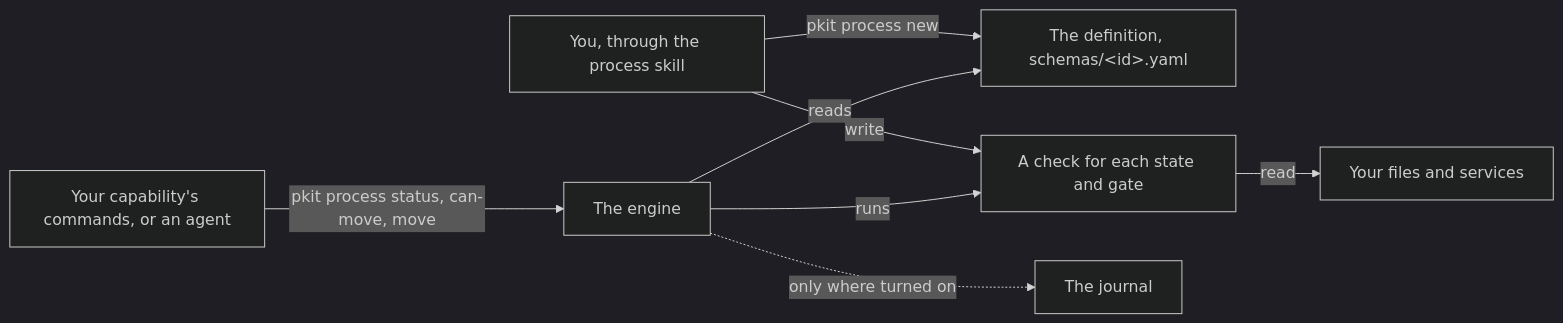
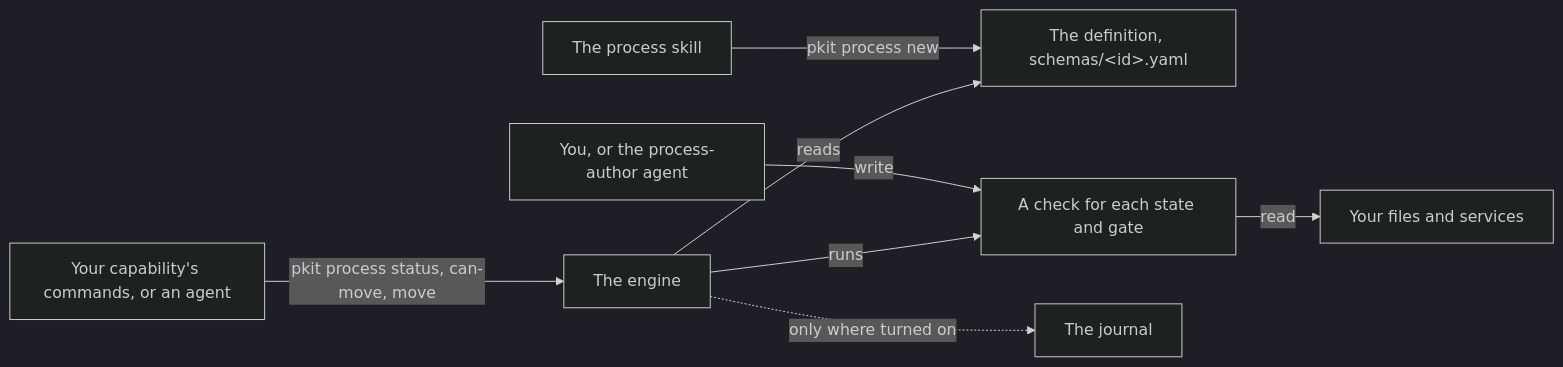
The diagram in docs/process/README.md (aleskalfas/project-kit), drawn with Mermaid (dark theme) before and after one commit. The commit also changed other lines of this file and 4 other files, not shown here.

````diff
--- a/docs/process/README.md
+++ b/docs/process/README.md
@@ -146,12 +158,12 @@
 ```mermaid
 flowchart LR
   accTitle: How a process runs
-  accDescr: You, through the process skill, stamp the definition into your capability and write a check script for each state and gate. Your capability's commands, or an agent, ask the engine about a subject with pkit process status, can-move or move. The engine reads the definition and runs the checks, which read your files and services. It writes a journal only where your project turns one on.
-  you["You, through the process skill"] -->|pkit process new| definition["The definition, schemas/&lt;id&gt;.yaml"]
-  you -->|write| checks["A check for each state and gate"]
+  accDescr: You stamp the definition into your capability through the process skill. You, or the process-author agent, write a check script for each state and gate. Your capability's commands, or an agent, ask the engine about a subject with pkit process status, can-move or move. The engine reads the definition and runs the checks, which read your files and services. It writes a journal only where your project turns one on.
+  skill["The process skill"] -->|pkit process new| definition["The definition, schemas/&lt;id&gt;.yaml"]
+  author["You, or the process-author agent"] -->|write| checks["A check for each state and gate"]
   caller["Your capability's commands, or an agent"] -->|pkit process status, can-move, move| engine["The engine"]
   engine -->|reads| definition
   engine -->|runs| checks
   checks -->|read| reality["Your files and services"]
   engine -.->|only where turned on| journal["The journal"]
 ```
````
